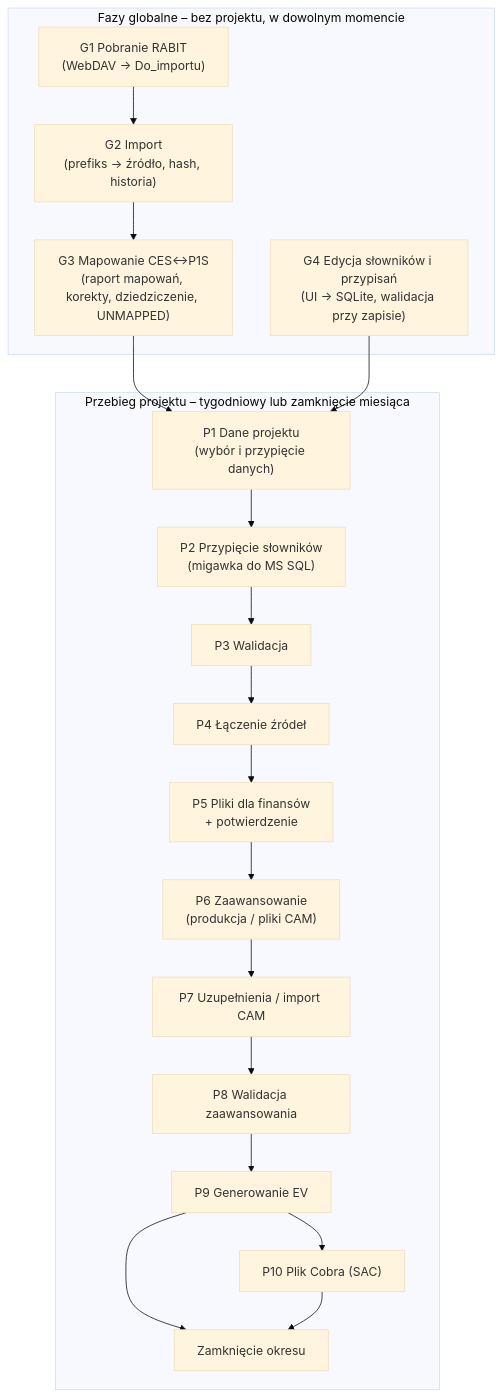
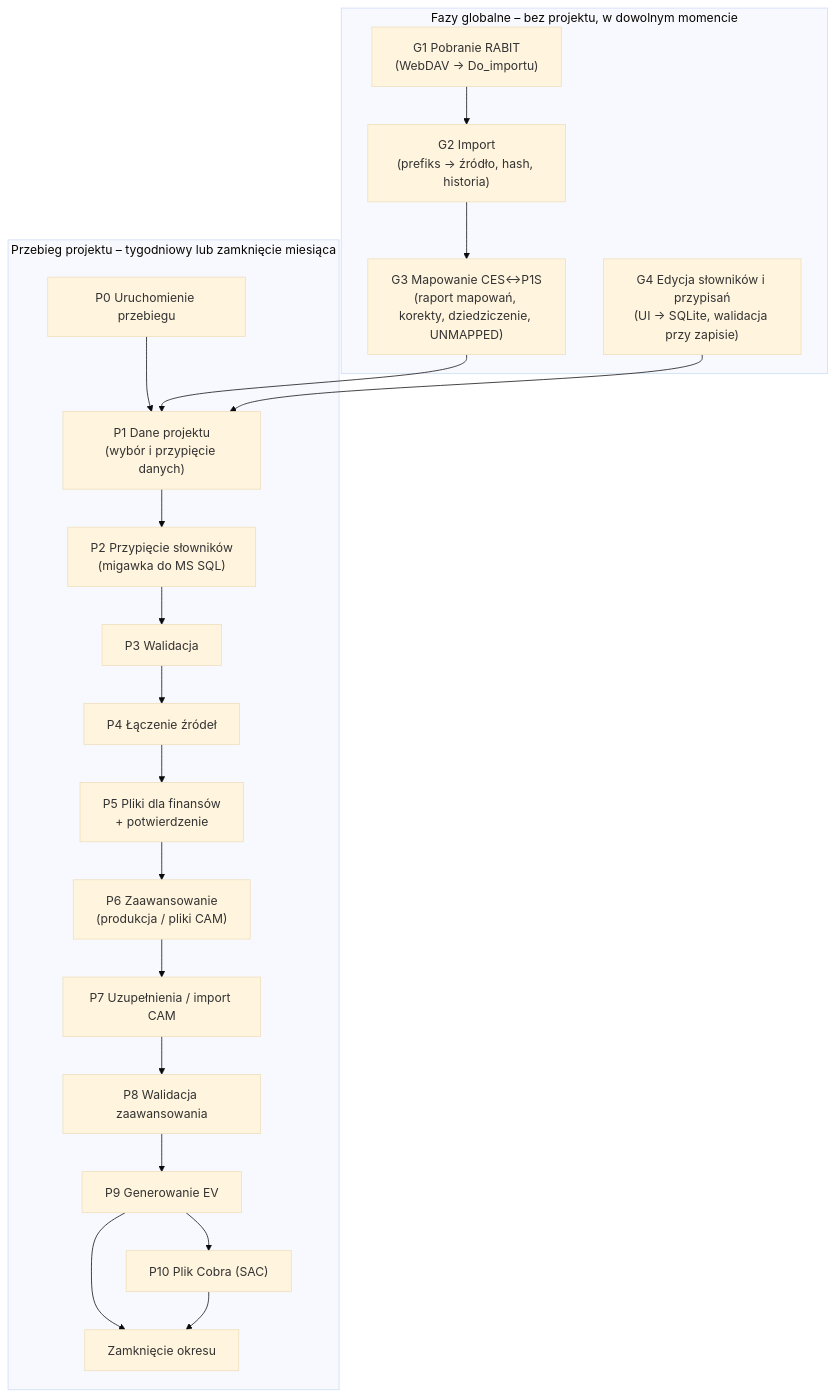
The diagram in docs/pipeline-fazy.md (skrobi/ahd), drawn with Mermaid (base theme) before and after one commit. The commit also changed other lines of this file and 3 other files, not shown here.

````diff
--- a/docs/pipeline-fazy.md
+++ b/docs/pipeline-fazy.md
@@ -32,23 +54,24 @@
 ```mermaid
 flowchart TD
   subgraph G["Fazy globalne – bez projektu, w dowolnym momencie"]
     G1["G1 Pobranie RABIT<br/>(WebDAV → Do_importu)"] --> G2["G2 Import<br/>(prefiks → źródło, hash, historia)"]
     G2 --> G3["G3 Mapowanie CES↔P1S<br/>(raport mapowań, korekty, dziedziczenie, UNMAPPED)"]
     G4["G4 Edycja słowników i przypisań<br/>(UI → SQLite, walidacja przy zapisie)"]
   end
   subgraph P["Przebieg projektu – tygodniowy lub zamknięcie miesiąca"]
+    P0["P0 Uruchomienie przebiegu"] --> P1
     P1["P1 Dane projektu<br/>(wybór i przypięcie danych)"] --> P2["P2 Przypięcie słowników<br/>(migawka do MS SQL)"]
     P2 --> P3["P3 Walidacja"]
     P3 --> P4["P4 Łączenie źródeł"]
     P4 --> P5["P5 Pliki dla finansów<br/>+ potwierdzenie"]
     P5 --> P6["P6 Zaawansowanie<br/>(produkcja / pliki CAM)"]
     P6 --> P7["P7 Uzupełnienia / import CAM"]
     P7 --> P8["P8 Walidacja zaawansowania"]
     P8 --> P9["P9 Generowanie EV"]
     P9 --> P10["P10 Plik Cobra (SAC)"]
     P9 --> Z["Zamknięcie okresu"]
     P10 --> Z
   end
   G3 --> P1
   G4 --> P1
 ```
````
